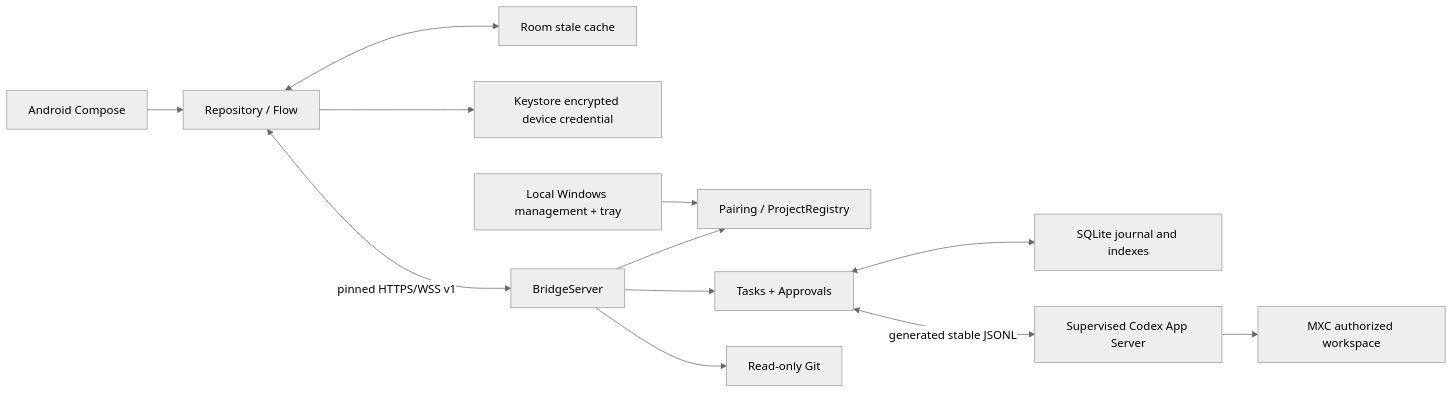
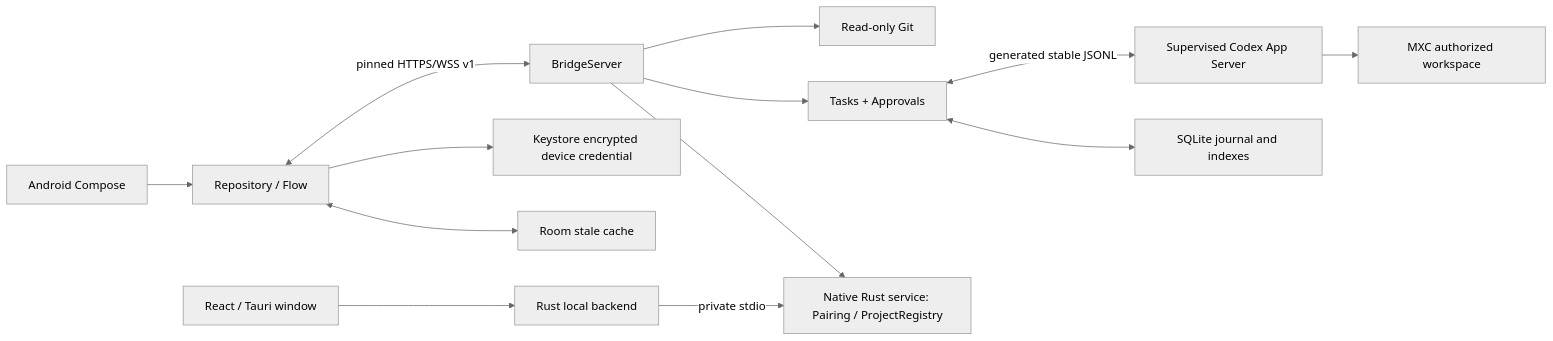
The diagram in docs/ARCHITECTURE.md (ptsfdtz/codex-go), drawn with Mermaid (neutral theme) before and after one commit. The commit also changed other lines of this file and 1171 other files, not shown here.

First line of the commit message:
feat: migrate desktop and bridge to Tauri React and Rust

````diff
--- a/docs/ARCHITECTURE.md
+++ b/docs/ARCHITECTURE.md
@@ -7,14 +9,15 @@
 ```mermaid
 flowchart LR
   A[Android Compose] --> R[Repository / Flow]
   R <--> C[Room stale cache]
   R --> V[Keystore encrypted device credential]
   R <-->|pinned HTTPS/WSS v1| B[BridgeServer]
-  U[Local Windows management + tray] --> P[Pairing / ProjectRegistry]
+  U[React / Tauri window] --> D[Rust local backend]
+  D -->|private stdio| P[Native Rust service: Pairing / ProjectRegistry]
   B --> P
   B --> T[Tasks + Approvals]
   T <--> S[SQLite journal and indexes]
   B --> G[Read-only Git]
   T <-->|generated stable JSONL| X[Supervised Codex App Server]
   X --> W[MXC authorized workspace]
 ```
````
